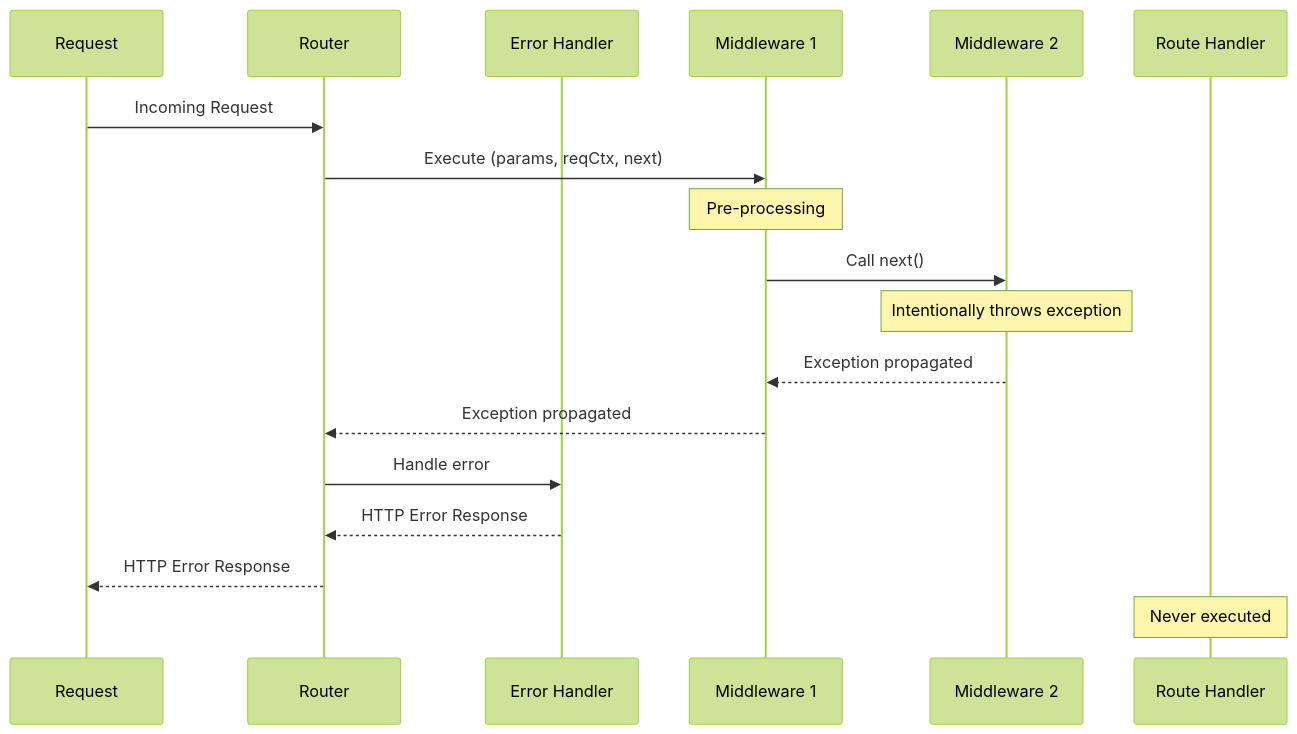
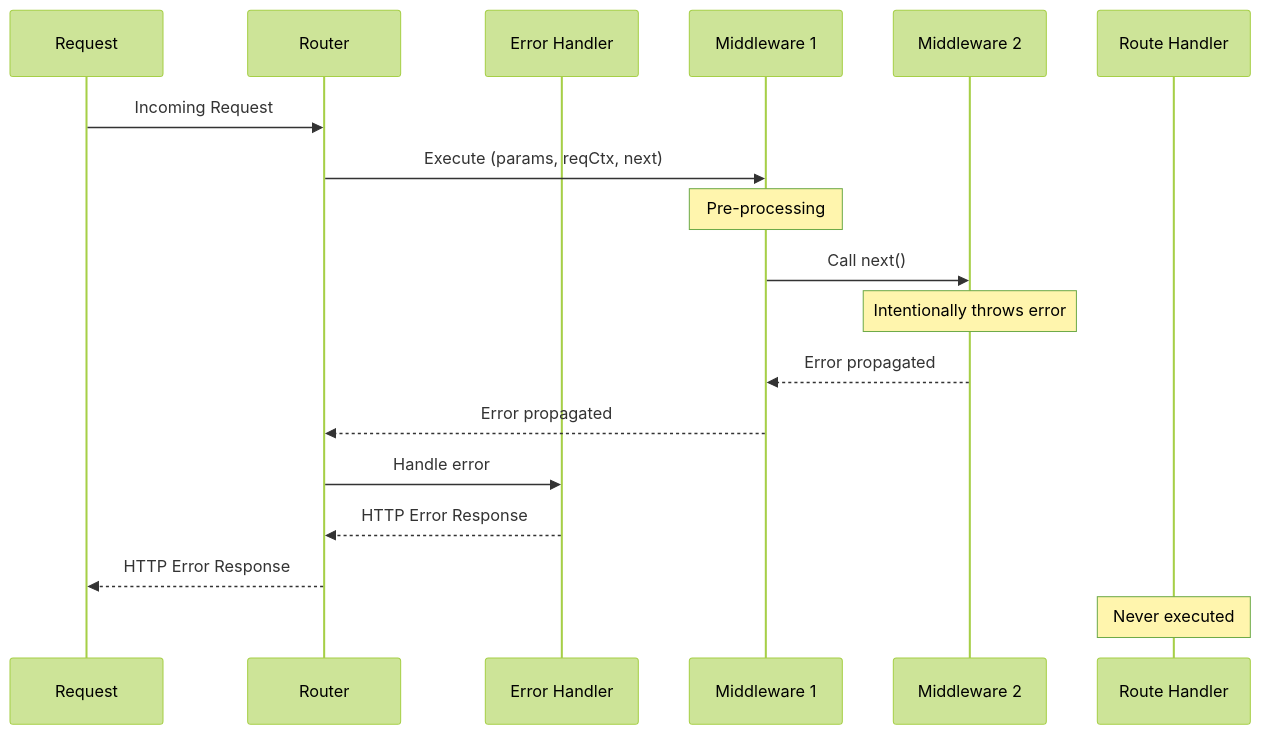
Before and after one commit to aws-powertools/powertools-lambda-typescript: the fifth of 5 diagrams in docs/features/event-handler/rest.md, drawn with Mermaid (forest theme). The commit also changed other lines of this file, not shown here.

Commit message:
remove global and route specific middleware sections and re-order some text in error handling section

````diff
--- a/docs/features/event-handler/rest.md
+++ b/docs/features/event-handler/rest.md
@@ -370,22 +334,22 @@
 ```mermaid
 sequenceDiagram
     participant Request
     participant Router
     participant EH as Error Handler
     participant M1 as Middleware 1
     participant M2 as Middleware 2
     participant Handler as Route Handler
 
     Request->>Router: Incoming Request
     Router->>M1: Execute (params, reqCtx, next)
     Note over M1: Pre-processing
     M1->>M2: Call next()
-    Note over M2: Intentionally throws exception
-    M2-->>M1: Exception propagated
-    M1-->>Router: Exception propagated
+    Note over M2: Intentionally throws error
+    M2-->>M1: Error propagated
+    M1-->>Router: Error propagated
     Router->>EH: Handle error
     EH-->>Router: HTTP Error Response
     Router-->>Request: HTTP Error Response
     Note over Handler: Never executed
 
 ```
````
